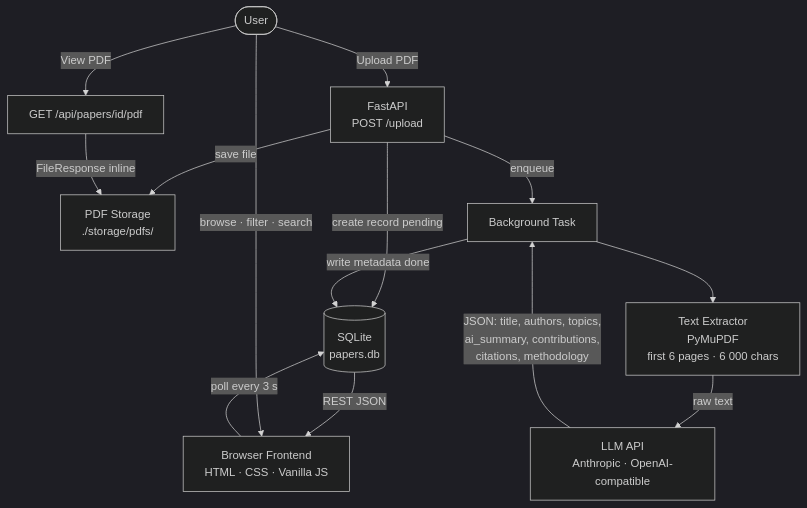
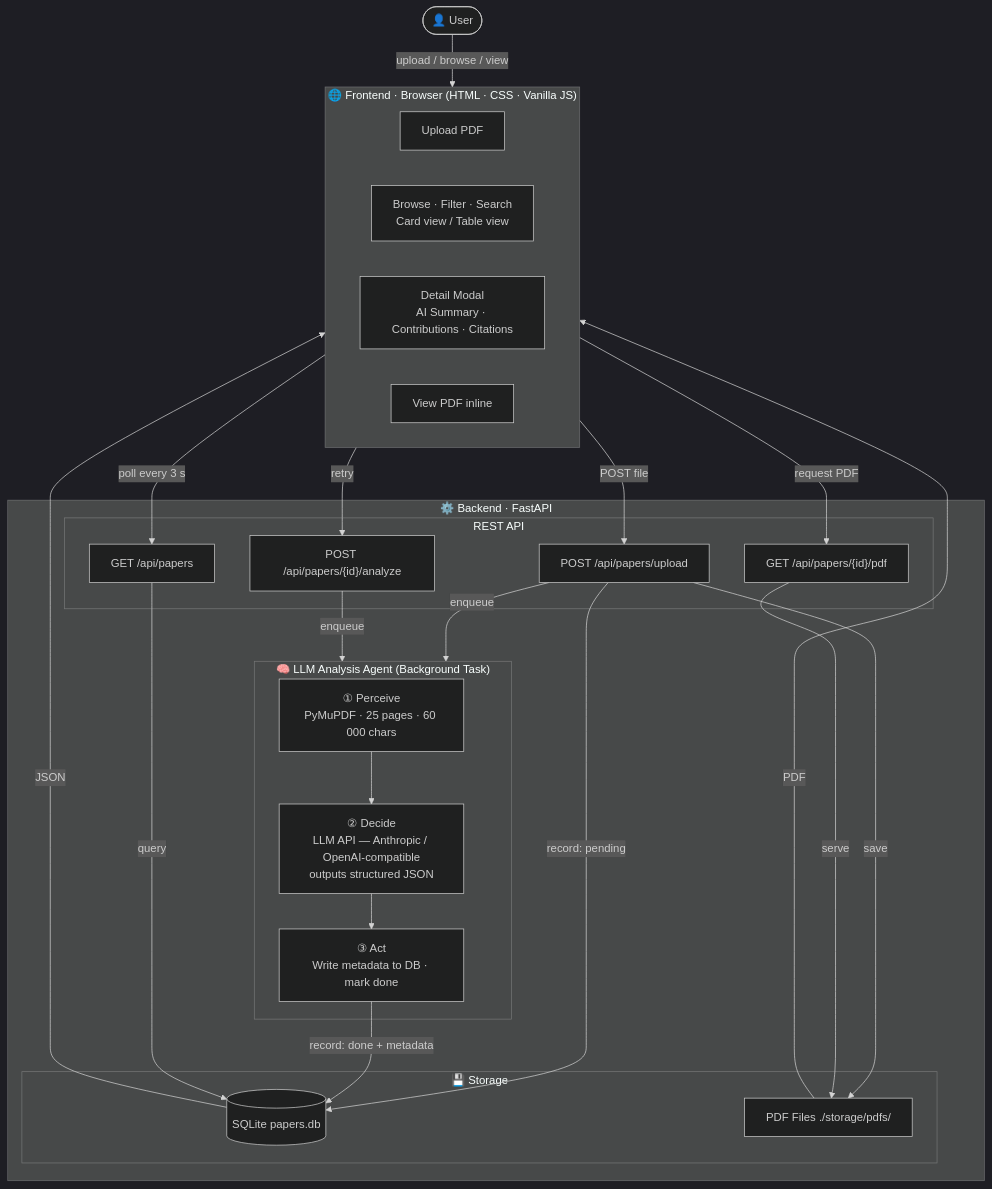
The diagram in README.md (miles031104/paperlibrary), drawn with Mermaid (dark theme) before and after one commit.

Commit message:
docs: redesign system architecture diagram — clear User/Frontend/Backend layers
Replaces the flat flowchart with a layered diagram using subgraphs:
User → Frontend (Browser) → Backend (REST API → LLM Agent → Storage).
Agent subgraph explicitly shows the Perceive→Decide→Act loop.

````diff
--- a/README.md
+++ b/README.md
@@ -39,18 +39,52 @@
 ```mermaid
 flowchart TD
-    User([User]) -->|Upload PDF| API[FastAPI\nPOST /upload]
-    API -->|save file| FS[PDF Storage\n./storage/pdfs/]
-    API -->|create record pending| DB[(SQLite\npapers.db)]
-    API -->|enqueue| BG[Background Task]
+    User(["👤 User"])
 
-    BG --> EXT[Text Extractor\nPyMuPDF\nfirst 6 pages · 6 000 chars]
-    EXT -->|raw text| LLM[LLM API\nAnthropic · OpenAI-compatible]
-    LLM -->|JSON: title, authors, topics,\nai_summary, contributions,\ncitations, methodology| BG
-    BG -->|write metadata done| DB
+    subgraph Frontend["🌐 Frontend · Browser (HTML · CSS · Vanilla JS)"]
+        F1["Upload PDF"]
+        F2["Browse · Filter · Search\nCard view  /  Table view"]
+        F3["Detail Modal\nAI Summary · Contributions · Citations"]
+        F4["View PDF inline"]
+    end
 
-    DB -->|REST JSON| FE[Browser Frontend\nHTML · CSS · Vanilla JS]
-    FE -->|poll every 3 s| DB
-    User -->|browse · filter · search| FE
-    User -->|View PDF| PDFEP[GET /api/papers/id/pdf]
-    PDFEP -->|FileResponse inline| FS
+    subgraph Backend["⚙️ Backend · FastAPI"]
+        subgraph API["REST API"]
+            E1["POST /api/papers/upload"]
+            E2["GET  /api/papers"]
+            E3["GET  /api/papers/{id}/pdf"]
+            E4["POST /api/papers/{id}/analyze"]
+        end
+
+        subgraph Agent["🧠 LLM Analysis Agent  (Background Task)"]
+            Perceive["① Perceive\nPyMuPDF · 25 pages · 60 000 chars"]
+            Decide["② Decide\nLLM API — Anthropic / OpenAI-compatible\noutputs structured JSON"]
+            Act["③ Act\nWrite metadata to DB · mark done"]
+            Perceive --> Decide --> Act
+        end
+
+        subgraph Storage["💾 Storage"]
+            DB[("SQLite  papers.db")]
+            FS["PDF Files  ./storage/pdfs/"]
+        end
+    end
+
+    User -->|"upload / browse / view"| Frontend
+
+    Frontend -->|"POST file"| E1
+    Frontend -->|"poll every 3 s"| E2
+    Frontend -->|"request PDF"| E3
+    Frontend -->|"retry"| E4
+
+    E1 -->|"save"| FS
+    E1 -->|"record: pending"| DB
+    E1 -->|"enqueue"| Agent
+    E4 -->|"enqueue"| Agent
+
+    Act -->|"record: done + metadata"| DB
+
+    E2 -->|"query"| DB
+    E3 -->|"serve"| FS
+
+    DB -->|"JSON"| Frontend
+    FS -->|"PDF"| Frontend
 ```
````
